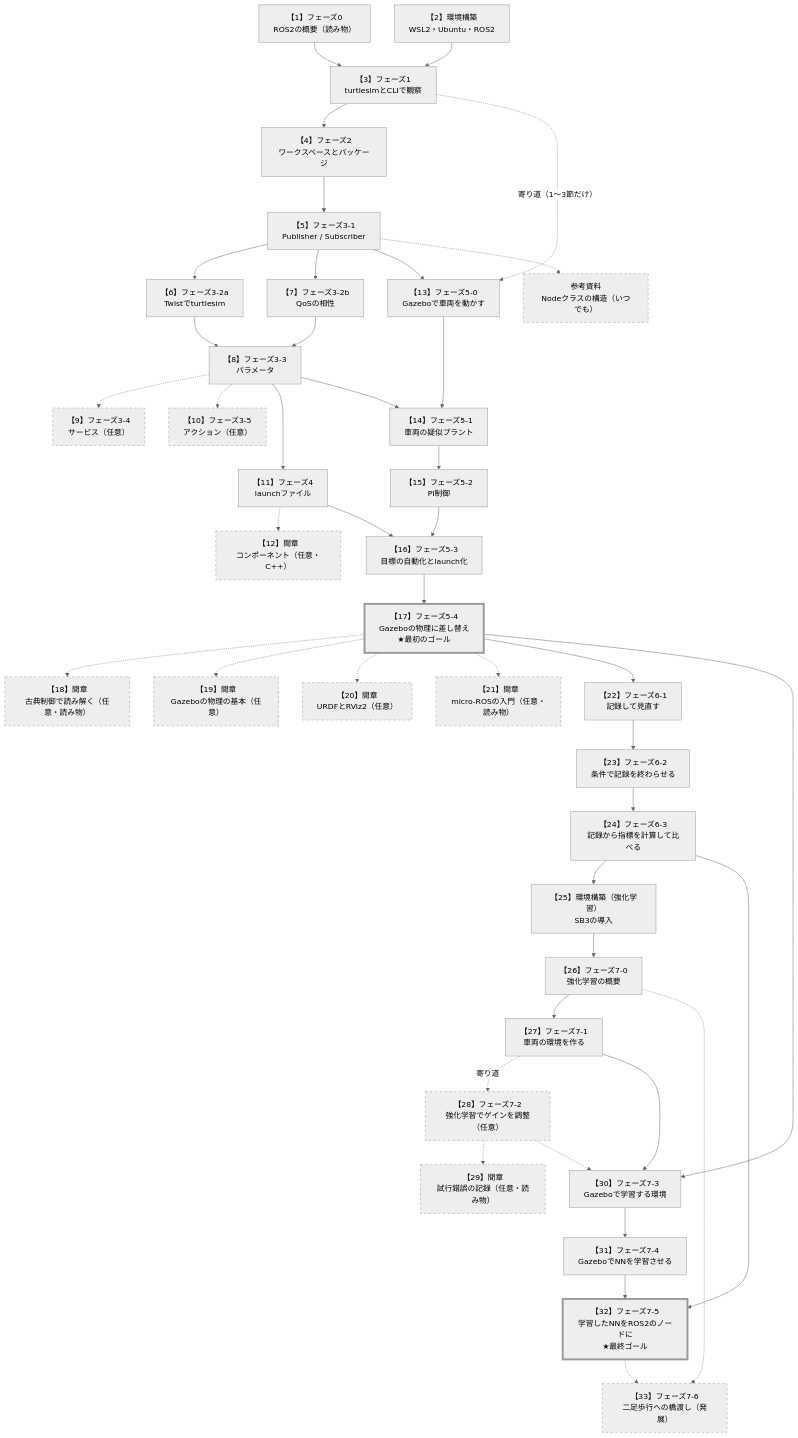
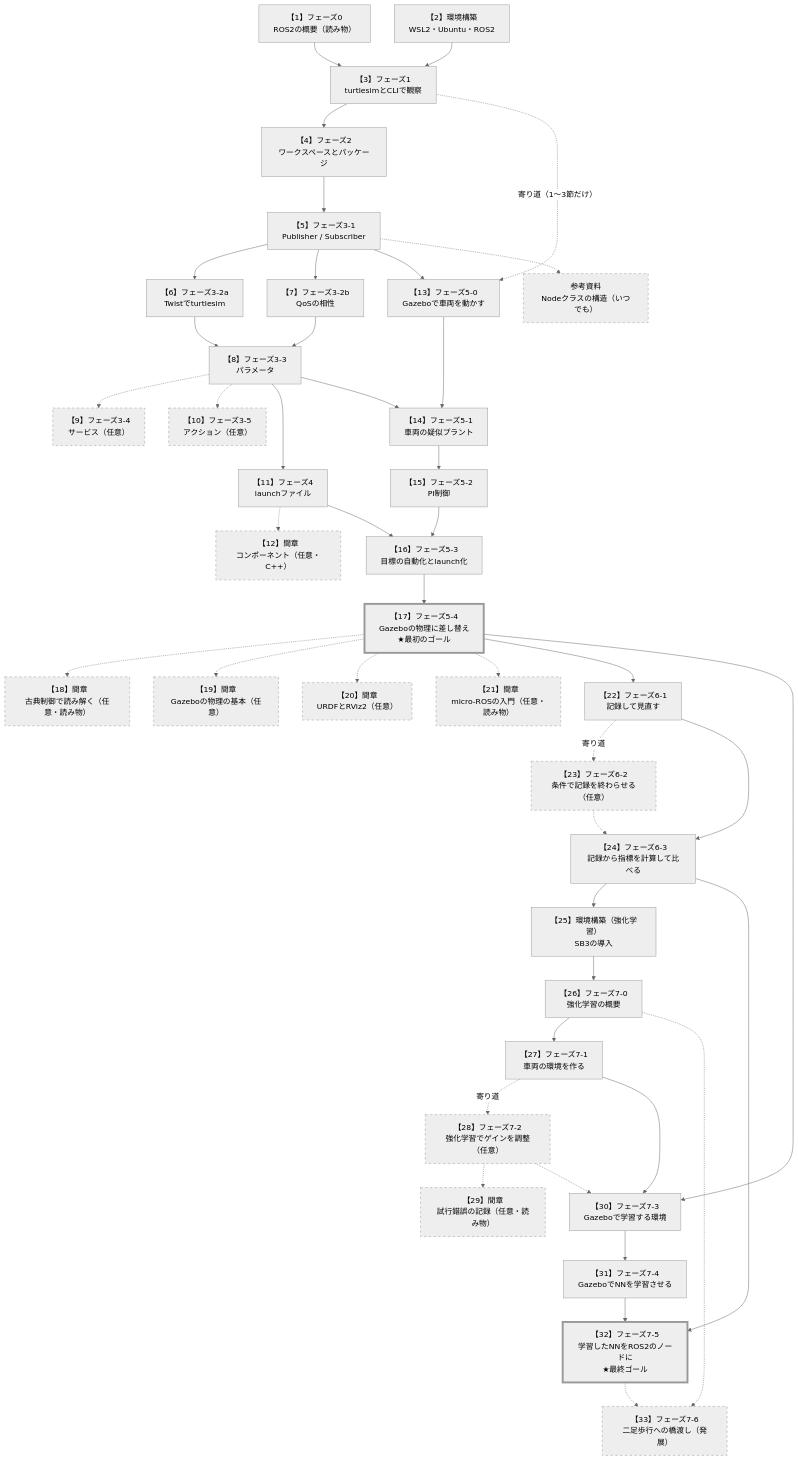
Before and after one commit to SanghunIm1991/ros2MinimalPhysicalAi: the second of 2 diagrams in README.md, drawn with Mermaid (neutral theme). The commit also changed other lines of this file and 7 other files, not shown here.

Commit message:
[claude] フェーズ6-2（条件で記録を終わらせる）を、任意の寄り道にする。フェーズ6-3とフェーズ7は6-2に依存しないため（6-1と6-3はフェーズ7で使う）。READMEの表・図・最短の順、6-2の題と位置づけ、6-1の次へ、6-3と7-0と参考資料の6-2への言及、学習計画を更新する。セッションレビューの指摘を反映し、QA表に記録

````diff
--- a/README.md
+++ b/README.md
@@ -128,49 +128,50 @@
 ```mermaid
 flowchart TB
     P0["【1】フェーズ0<br/>ROS2の概要（読み物）"] --> P1
     SETUP["【2】環境構築<br/>WSL2・Ubuntu・ROS2"] --> P1
     P1["【3】フェーズ1<br/>turtlesimとCLIで観察"] --> P2["【4】フェーズ2<br/>ワークスペースとパッケージ"]
     P2 --> P31["【5】フェーズ3-1<br/>Publisher / Subscriber"]
     P31 --> P32a["【6】フェーズ3-2a<br/>Twistでturtlesim"]
     P31 --> P32b["【7】フェーズ3-2b<br/>QoSの相性"]
     P32a --> P33["【8】フェーズ3-3<br/>パラメータ"]
     P32b --> P33
     P33 -.-> P34["【9】フェーズ3-4<br/>サービス（任意）"]
     P33 -.-> P35["【10】フェーズ3-5<br/>アクション（任意）"]
     P33 --> P4["【11】フェーズ4<br/>launchファイル"]
     P4 -.-> INT["【12】間章<br/>コンポーネント（任意・C++）"]
     P31 --> P50["【13】フェーズ5-0<br/>Gazeboで車両を動かす"]
     P1 -.->|"寄り道（1〜3節だけ）"| P50
     P33 --> P51["【14】フェーズ5-1<br/>車両の疑似プラント"]
     P50 --> P51
     P51 --> P52["【15】フェーズ5-2<br/>PI制御"]
     P4 --> P53["【16】フェーズ5-3<br/>目標の自動化とlaunch化"]
     P52 --> P53
     P53 --> P54["【17】フェーズ5-4<br/>Gazeboの物理に差し替え<br/>★最初のゴール"]
     P54 -.-> INT3["【18】間章<br/>古典制御で読み解く（任意・読み物）"]
     P54 -.-> INT4["【19】間章<br/>Gazeboの物理の基本（任意）"]
     P54 -.-> INT5["【20】間章<br/>URDFとRViz2（任意）"]
     P54 -.-> INT6["【21】間章<br/>micro-ROSの入門（任意・読み物）"]
     P54 --> P61["【22】フェーズ6-1<br/>記録して見直す"]
-    P61 --> P62["【23】フェーズ6-2<br/>条件で記録を終わらせる"]
-    P62 --> P63["【24】フェーズ6-3<br/>記録から指標を計算して比べる"]
+    P61 -.->|"寄り道"| P62["【23】フェーズ6-2<br/>条件で記録を終わらせる（任意）"]
+    P61 --> P63["【24】フェーズ6-3<br/>記録から指標を計算して比べる"]
+    P62 -.-> P63
     P63 --> SETRL["【25】環境構築（強化学習）<br/>SB3の導入"]
     SETRL --> P70["【26】フェーズ7-0<br/>強化学習の概要"]
     P70 --> P71["【27】フェーズ7-1<br/>車両の環境を作る"]
     P71 -.->|"寄り道"| P72["【28】フェーズ7-2<br/>強化学習でゲインを調整（任意）"]
     P72 -.-> INT2["【29】間章<br/>試行錯誤の記録（任意・読み物）"]
     P54 --> P73
     P71 --> P73["【30】フェーズ7-3<br/>Gazeboで学習する環境"]
     P72 -.-> P73
     P73 --> P74["【31】フェーズ7-4<br/>GazeboでNNを学習させる"]
     P63 --> P75
     P74 --> P75["【32】フェーズ7-5<br/>学習したNNをROS2のノードに<br/>★最終ゴール"]
     P70 -.-> P76
     P75 -.-> P76["【33】フェーズ7-6<br/>二足歩行への橋渡し（発展）"]
     P31 -.-> REF["参考資料<br/>Nodeクラスの構造（いつでも）"]
 
     classDef optional stroke-dasharray: 5 5
     classDef goal stroke-width: 4px
-    class P34,P35,INT,INT3,INT4,INT5,INT6,REF,P72,INT2,P76 optional
+    class P34,P35,INT,INT3,INT4,INT5,INT6,REF,P62,P72,INT2,P76 optional
     class P54,P75 goal
 ```
````
